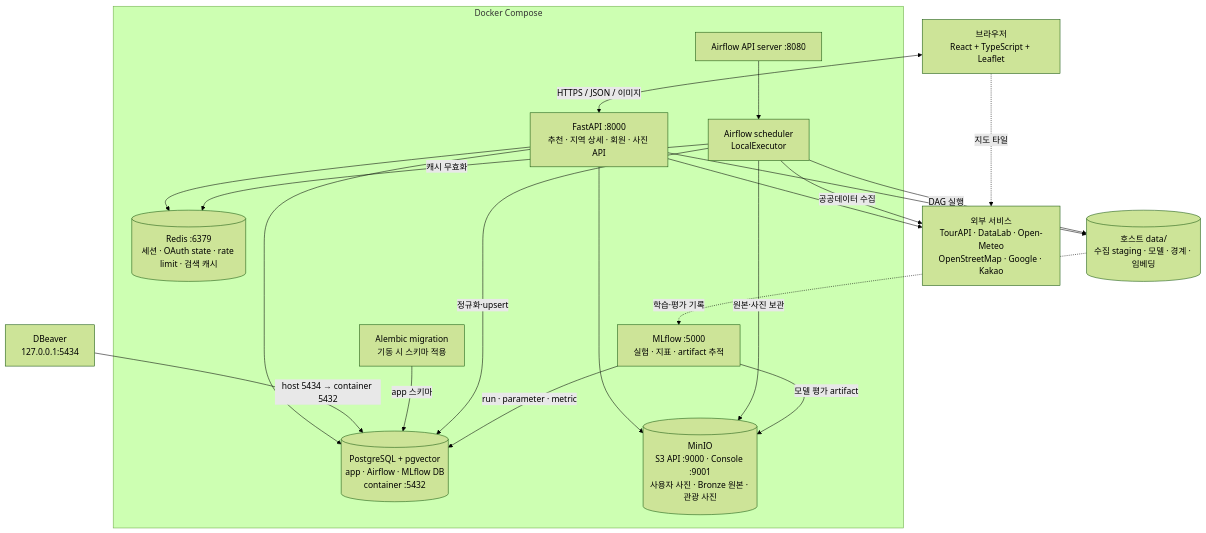
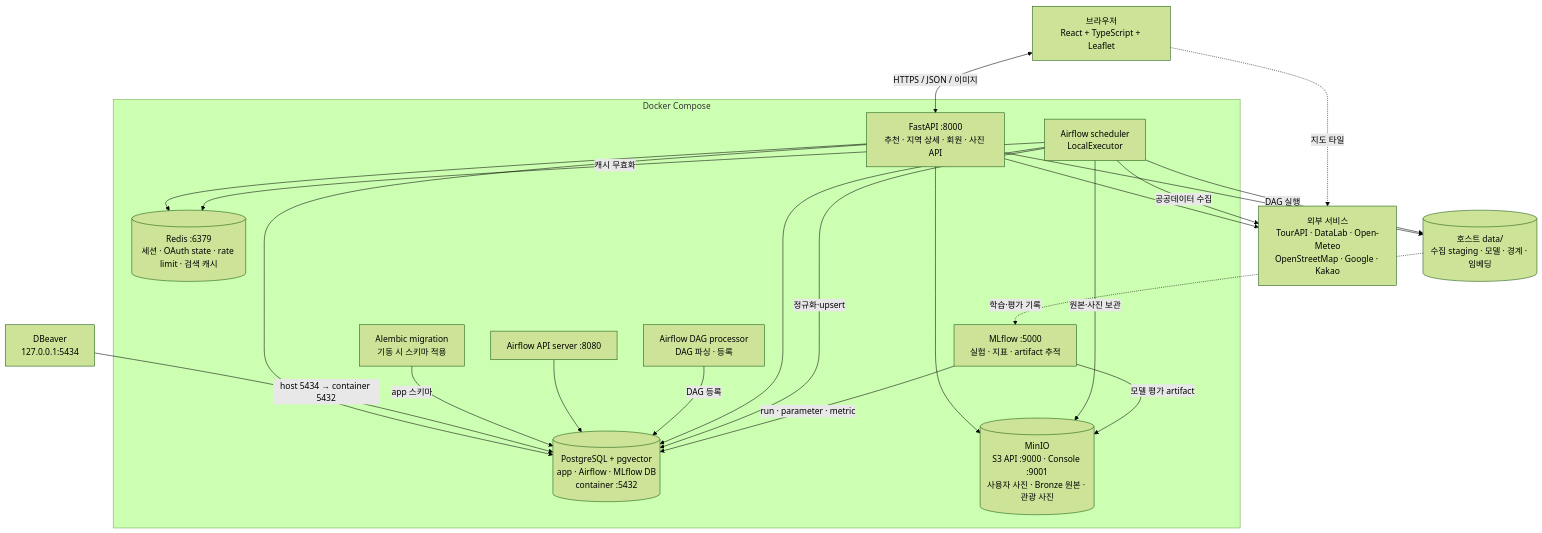
The diagram in README.md (pihet/abroad-to-korea), drawn with Mermaid (forest theme) before and after one commit. The commit also changed 2 other files, not shown here.

Commit message:
fix: Airflow DAG processor 추가

````diff
--- a/README.md
+++ b/README.md
@@ -29,38 +29,41 @@
 ```mermaid
 flowchart TB
   U["브라우저<br/>React + TypeScript + Leaflet"]
   DBA["DBeaver<br/>127.0.0.1:5434"]
 
   subgraph DC["Docker Compose"]
     API["FastAPI :8000<br/>추천 · 지역 상세 · 회원 · 사진 API"]
     MIG["Alembic migration<br/>기동 시 스키마 적용"]
     PG[("PostgreSQL + pgvector<br/>app · Airflow · MLflow DB<br/>container :5432")]
     REDIS[("Redis :6379<br/>세션 · OAuth state · rate limit · 검색 캐시")]
     MINIO[("MinIO<br/>S3 API :9000 · Console :9001<br/>사용자 사진 · Bronze 원본 · 관광 사진")]
     AFUI["Airflow API server :8080"]
+    AFDP["Airflow DAG processor<br/>DAG 파싱 · 등록"]
     AFS["Airflow scheduler<br/>LocalExecutor"]
     MLF["MLflow :5000<br/>실험 · 지표 · artifact 추적"]
   end
 
   STAGE[("호스트 data/<br/>수집 staging · 모델 · 경계 · 임베딩")]
   EXT["외부 서비스<br/>TourAPI · DataLab · Open-Meteo<br/>OpenStreetMap · Google · Kakao"]
 
   U <-- "HTTPS / JSON / 이미지" --> API
   U -. "지도 타일" .-> EXT
   API --> PG
   API --> REDIS
   API --> MINIO
   API --> STAGE
   API --> EXT
   DBA -- "host 5434 → container 5432" --> PG
   MIG -- "app 스키마" --> PG
-  AFUI --> AFS
+  AFUI --> PG
+  AFDP -- "DAG 등록" --> PG
+  AFS --> PG
   AFS -- "DAG 실행" --> STAGE
   AFS -- "공공데이터 수집" --> EXT
   AFS -- "정규화·upsert" --> PG
   AFS -- "원본·사진 보관" --> MINIO
   AFS -- "캐시 무효화" --> REDIS
   MLF -- "run · parameter · metric" --> PG
   MLF -- "모델 평가 artifact" --> MINIO
   STAGE -. "학습·평가 기록" .-> MLF
 ```
````
